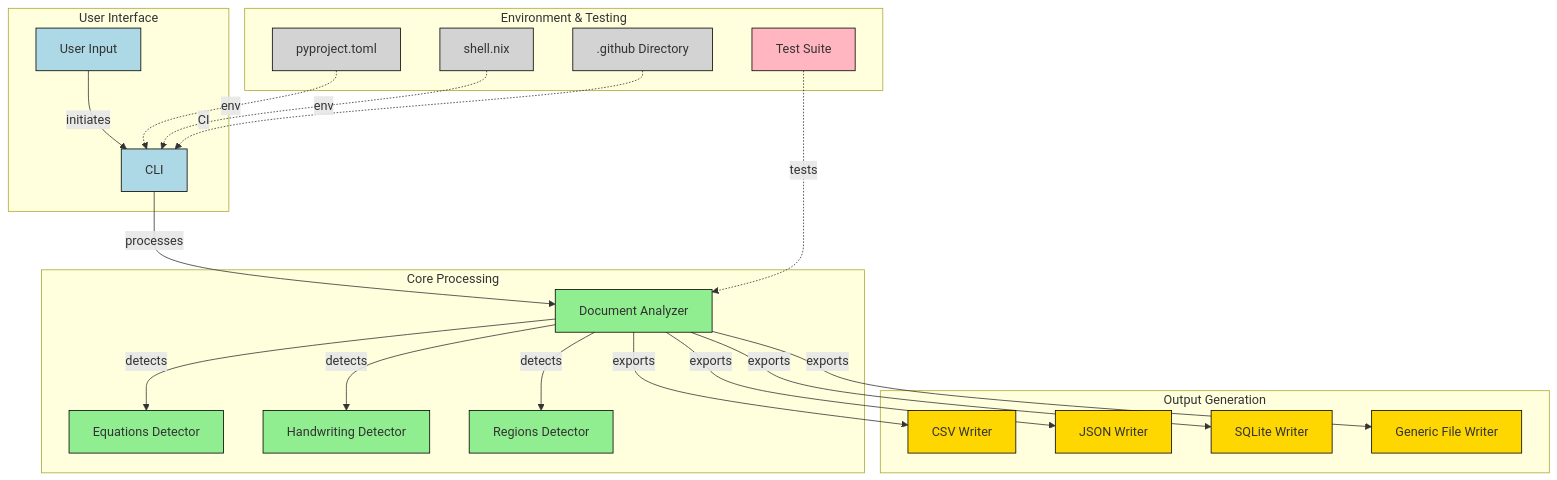
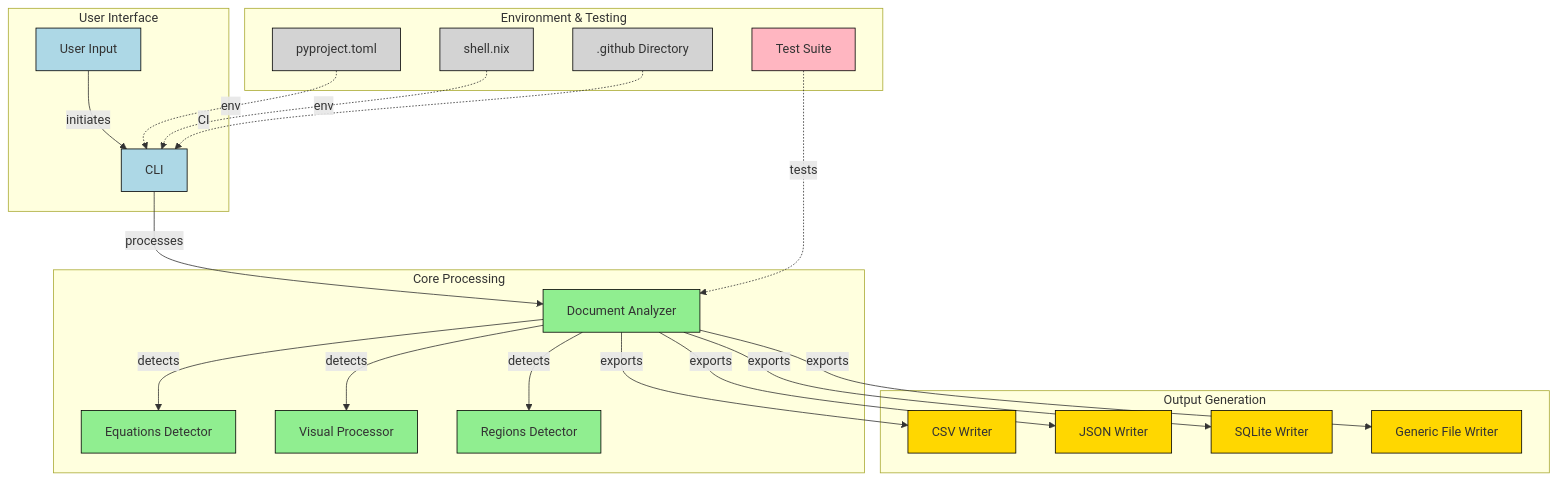
The diagram in README.md (rithulkamesh/docproc), drawn with Mermaid before and after one commit. The commit also changed other lines of this file and 8 other files, not shown here.

````diff
--- a/README.md
+++ b/README.md
@@ -14,68 +21,68 @@
 ```mermaid
 flowchart TD
 %% User Interface Layer
 subgraph "User Interface"
 UI["User Input"]:::cli
 CLI["CLI"]:::cli
 end
 UI -->|"initiates"| CLI
 
     %% Core Processing Layer
     subgraph "Core Processing"
         DA["Document Analyzer"]:::core
         ED["Equations Detector"]:::core
-        HD["Handwriting Detector"]:::core
+        VP["Visual Processor"]:::core
         RD["Regions Detector"]:::core
     end
     CLI -->|"processes"| DA
     DA -->|"detects"| ED
-    DA -->|"detects"| HD
+    DA -->|"detects"| VP
     DA -->|"detects"| RD
 
     %% Output Generation Layer
     subgraph "Output Generation"
         CSV["CSV Writer"]:::writer
         JSON["JSON Writer"]:::writer
         SQLITE["SQLite Writer"]:::writer
         FILE["Generic File Writer"]:::writer
     end
     DA -->|"exports"| CSV
     DA -->|"exports"| JSON
     DA -->|"exports"| SQLITE
     DA -->|"exports"| FILE
 
     %% Environment & Testing Layer
     subgraph "Environment & Testing"
         DE1["pyproject.toml"]:::env
         DE2["shell.nix"]:::env
         TS["Test Suite"]:::test
         CI[".github Directory"]:::env
     end
     DE1 -.->|"env"| CLI
     DE2 -.->|"env"| CLI
     CI -.->|"CI"| CLI
     TS -.->|"tests"| DA
 
     %% Styles
     classDef cli fill:#ADD8E6,stroke:#000,stroke-width:1px;
     classDef core fill:#90EE90,stroke:#000,stroke-width:1px;
     classDef writer fill:#FFD700,stroke:#000,stroke-width:1px;
     classDef env fill:#D3D3D3,stroke:#000,stroke-width:1px;
     classDef test fill:#FFB6C1,stroke:#000,stroke-width:1px;
 
     %% Click Events
     click CLI "https://github.com/rithulkamesh/docproc/blob/main/docproc/bin/cli.py"
     click DA "https://github.com/rithulkamesh/docproc/blob/main/docproc/doc/analyzer.py"
     click ED "https://github.com/rithulkamesh/docproc/blob/main/docproc/doc/equations.py"
-    click HD "https://github.com/rithulkamesh/docproc/blob/main/docproc/doc/handwriting.py"
+    click VP "https://github.com/rithulkamesh/docproc/blob/main/docproc/doc/visual.py"
     click RD "https://github.com/rithulkamesh/docproc/blob/main/docproc/doc/regions.py"
     click CSV "https://github.com/rithulkamesh/docproc/blob/main/docproc/writer/csv.py"
     click JSON "https://github.com/rithulkamesh/docproc/blob/main/docproc/writer/json.py"
     click SQLITE "https://github.com/rithulkamesh/docproc/blob/main/docproc/writer/sqlite.py"
     click FILE "https://github.com/rithulkamesh/docproc/blob/main/docproc/writer/filewriter.py"
     click DE1 "https://github.com/rithulkamesh/docproc/blob/main/pyproject.toml"
     click DE2 "https://github.com/rithulkamesh/docproc/blob/main/shell.nix"
     click TS "https://github.com/rithulkamesh/docproc/tree/main/tests/"
     click CI "https://github.com/rithulkamesh/docproc/blob/main/.github Directory"
 
 ```
````
